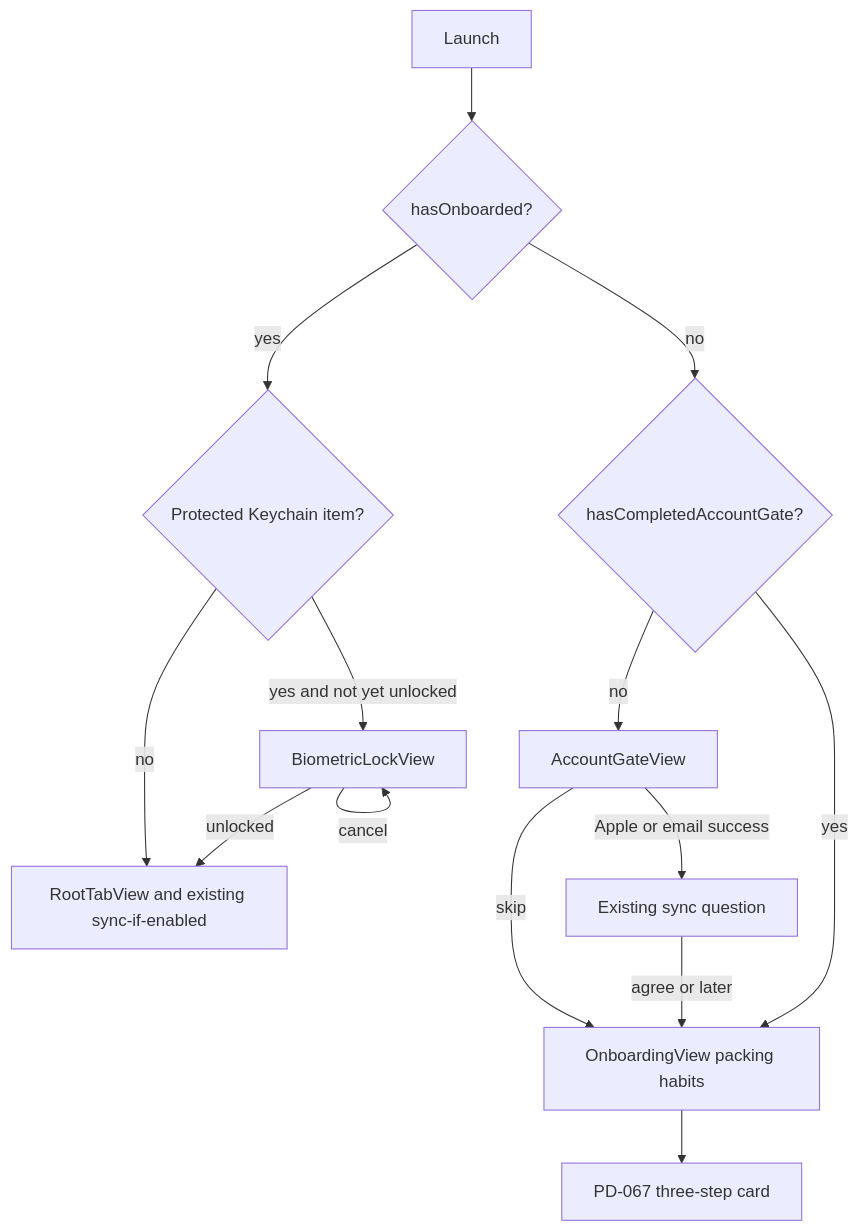
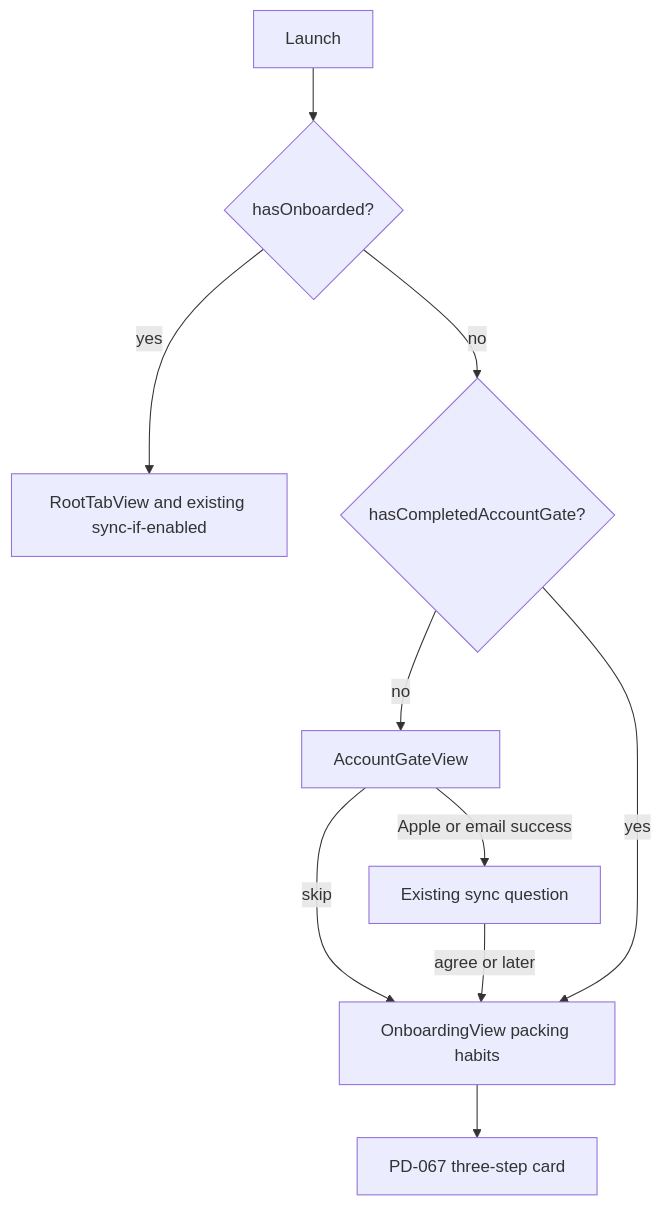
The third of 3 diagrams in docs/design-apple-sign-in.md (Poyen-Chen/TravelGenius), drawn with Mermaid before and after one commit. The commit also changed other lines of this file and 1 other file, not shown here.

````diff
--- a/docs/design-apple-sign-in.md
+++ b/docs/design-apple-sign-in.md
@@ -418,16 +328,12 @@
 ```mermaid
 flowchart TD
     start[Launch] --> onboarded{hasOnboarded?}
-    onboarded -->|yes| sealed{Protected Keychain item?}
-    sealed -->|no| tabs[RootTabView and existing sync-if-enabled]
-    sealed -->|yes and not yet unlocked| lock[BiometricLockView]
-    lock -->|unlocked| tabs
-    lock -->|cancel| lock
+    onboarded -->|yes| tabs[RootTabView and existing sync-if-enabled]
     onboarded -->|no| gateDone{hasCompletedAccountGate?}
     gateDone -->|no| gate[AccountGateView]
     gate -->|skip| habits[OnboardingView packing habits]
     gate -->|Apple or email success| syncQ[Existing sync question]
     syncQ -->|agree or later| habits
     gateDone -->|yes| habits
     habits --> guide[PD-067 three-step card]
 ```
````
